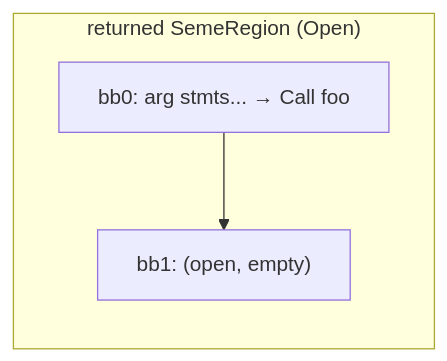
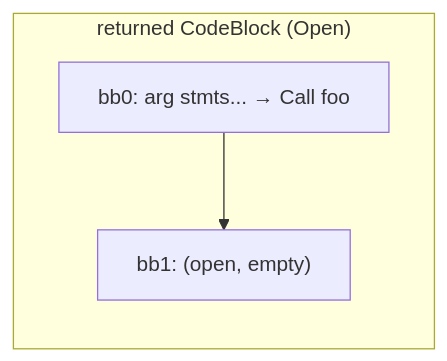
One commit to rust-lang/a-mir-formality changed the third of 5 diagrams in book/src/formality_rust/codegen.md. Above: the diagram before and after it, drawn with Mermaid. The commit also changed other lines of this file and 4 other files, not shown here.

First line of the commit message:
rename SemeRegion to CodeBlock

````diff
--- a/book/src/formality_rust/codegen.md
+++ b/book/src/formality_rust/codegen.md
@@ -131,8 +131,8 @@
 ```mermaid
 graph LR
-    subgraph "returned SemeRegion (Open)"
+    subgraph "returned CodeBlock (Open)"
         bb0["bb0: arg stmts... → Call foo"]
         bb1["bb1: (open, empty)"]
         bb0 --> bb1
     end
 ```
````
